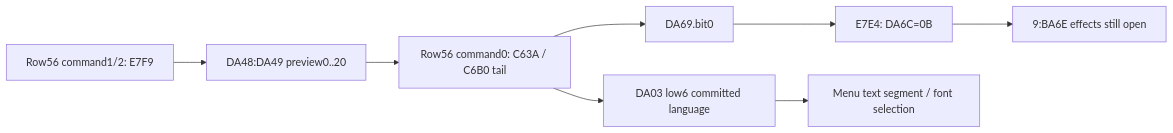
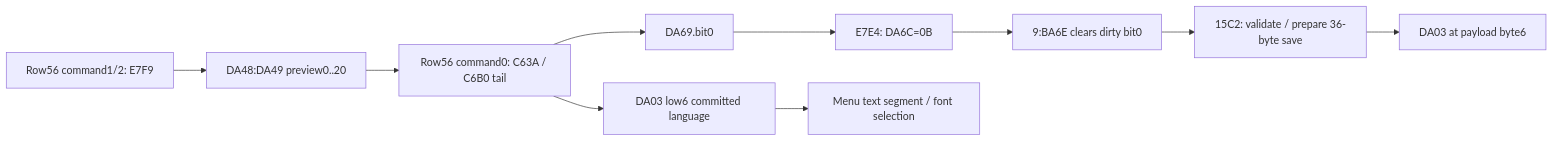
One commit to Rzbck/ASUS-MB16AMT-RE changed the diagram in docs/OSD_LANGUAGE_UPDATE.md. Above: the diagram before and after it, drawn with Mermaid. The commit also changed other lines of this file and 6 other files, not shown here.

Commit message:
Verify integrated OSD language save and dirty-flag failure behavior

````diff
--- a/docs/OSD_LANGUAGE_UPDATE.md
+++ b/docs/OSD_LANGUAGE_UPDATE.md
@@ -47,10 +66,12 @@
 ```mermaid
 flowchart LR
   P[Row56 command1/2: E7F9] --> V[DA48:DA49 preview0..20]
   V --> U[Row56 command0: C63A / C6B0 tail]
   U --> L[DA03 low6 committed language]
   U --> F[DA69.bit0]
   F --> E[E7E4: DA6C=0B]
-  E --> H[9:BA6E effects still open]
+  E --> H[9:BA6E clears dirty bit0]
+  H --> S[15C2: validate / prepare 36-byte save]
+  S --> B[DA03 at payload byte6]
   L --> T[Menu text segment / font selection]
 ```
````
